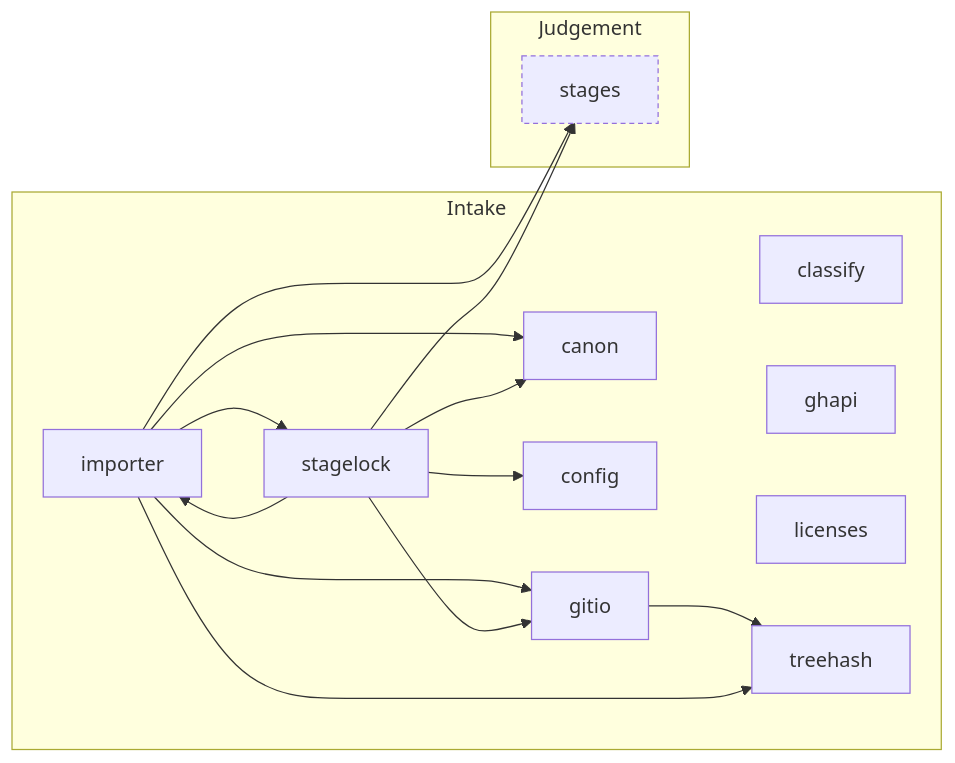
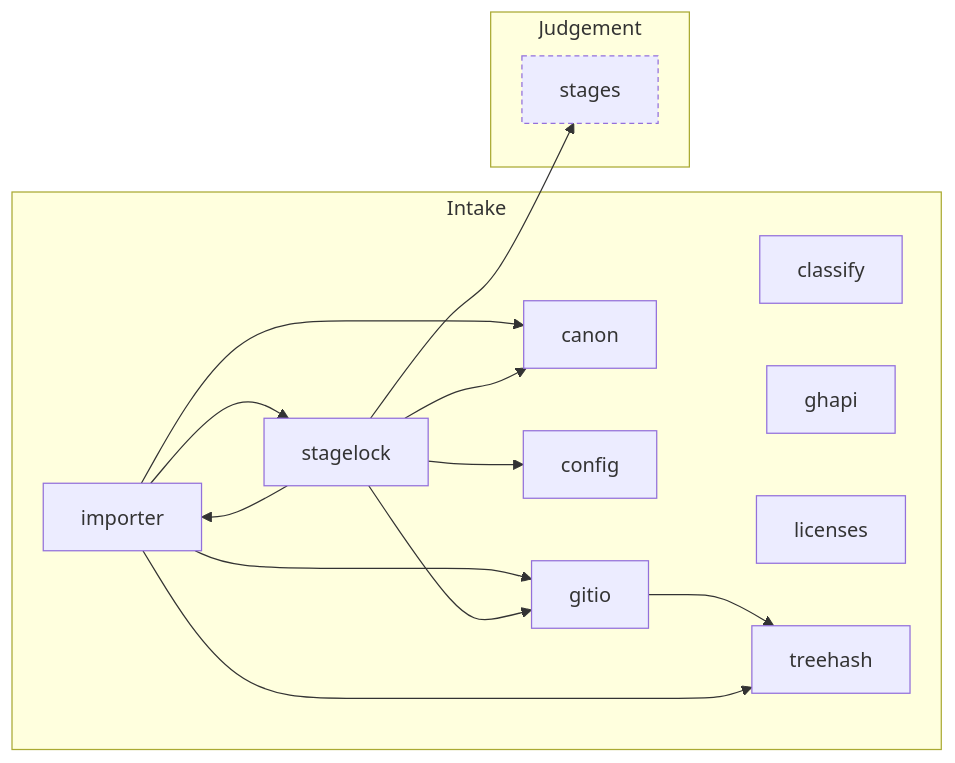
Before and after one commit to Okan-wqm/snowball-mcp: the fourth of 8 diagrams in docs/harita.md, drawn with Mermaid. The commit also changed other lines of this file and 15 other files, not shown here.

````diff
--- a/docs/harita.md
+++ b/docs/harita.md
@@ -173,29 +173,28 @@
 ```mermaid
 flowchart LR
   subgraph a_Intake["Intake"]
     m_canon["canon"]
     m_classify["classify"]
     m_config["config"]
     m_ghapi["ghapi"]
     m_gitio["gitio"]
     m_importer["importer"]
     m_licenses["licenses"]
     m_stagelock["stagelock"]
     m_treehash["treehash"]
   end
   subgraph a_Judgement["Judgement"]
     m_stages["stages"]:::outside
   end
   m_gitio --> m_treehash
   m_importer --> m_canon
   m_importer --> m_gitio
   m_importer --> m_stagelock
-  m_importer --> m_stages
   m_importer --> m_treehash
   m_stagelock --> m_canon
   m_stagelock --> m_config
   m_stagelock --> m_gitio
   m_stagelock --> m_importer
   m_stagelock --> m_stages
   classDef outside stroke-dasharray: 4 3
 ```
````
